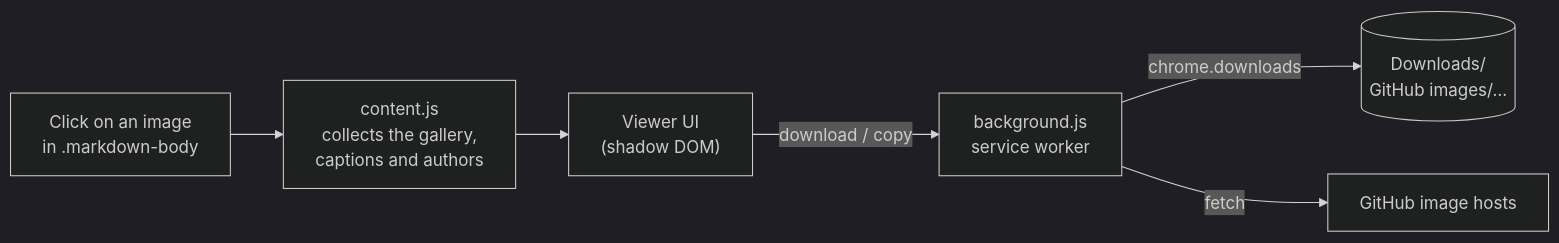
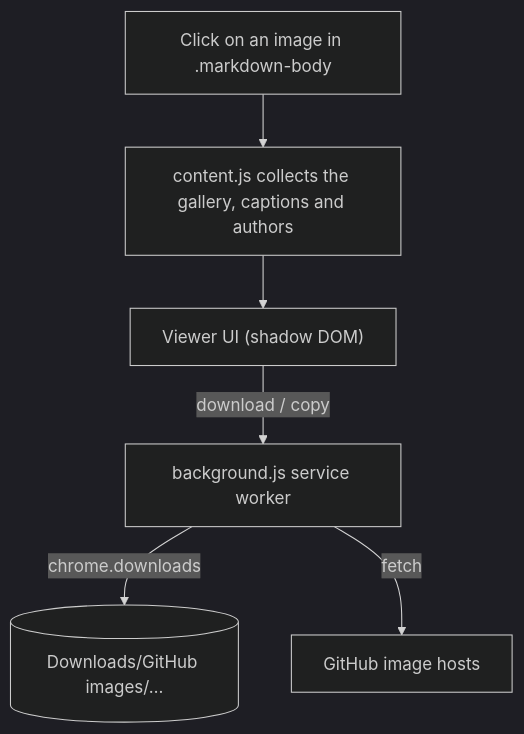
The diagram in README.md (AyushKaithwas/github-image-viewer), drawn with Mermaid (dark theme) before and after one commit. The commit also changed other lines of this file and 17 other files, not shown here.

````diff
--- a/README.md
+++ b/README.md
@@ -81,8 +81,8 @@
 ```mermaid
-flowchart LR
-    click["Click on an image<br/>in .markdown-body"] --> content["content.js<br/>collects the gallery,<br/>captions and authors"]
-    content --> viewer["Viewer UI<br/>(shadow DOM)"]
-    viewer -- "download / copy" --> worker["background.js<br/>service worker"]
-    worker -- "chrome.downloads" --> disk[("Downloads/<br/>GitHub images/…")]
+flowchart TB
+    click["Click on an image in .markdown-body"] --> content["content.js collects the gallery, captions and authors"]
+    content --> viewer["Viewer UI (shadow DOM)"]
+    viewer -- "download / copy" --> worker["background.js service worker"]
+    worker -- "chrome.downloads" --> disk[("Downloads/GitHub images/…")]
     worker -- "fetch" --> hosts["GitHub image hosts"]
 ```
````
